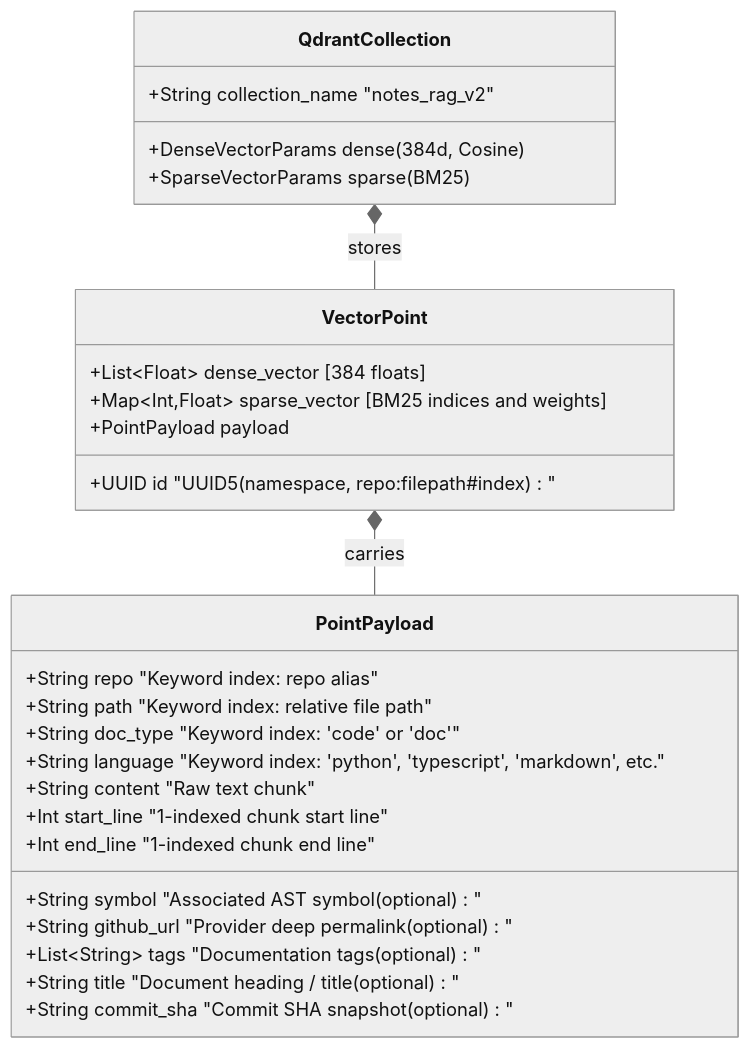
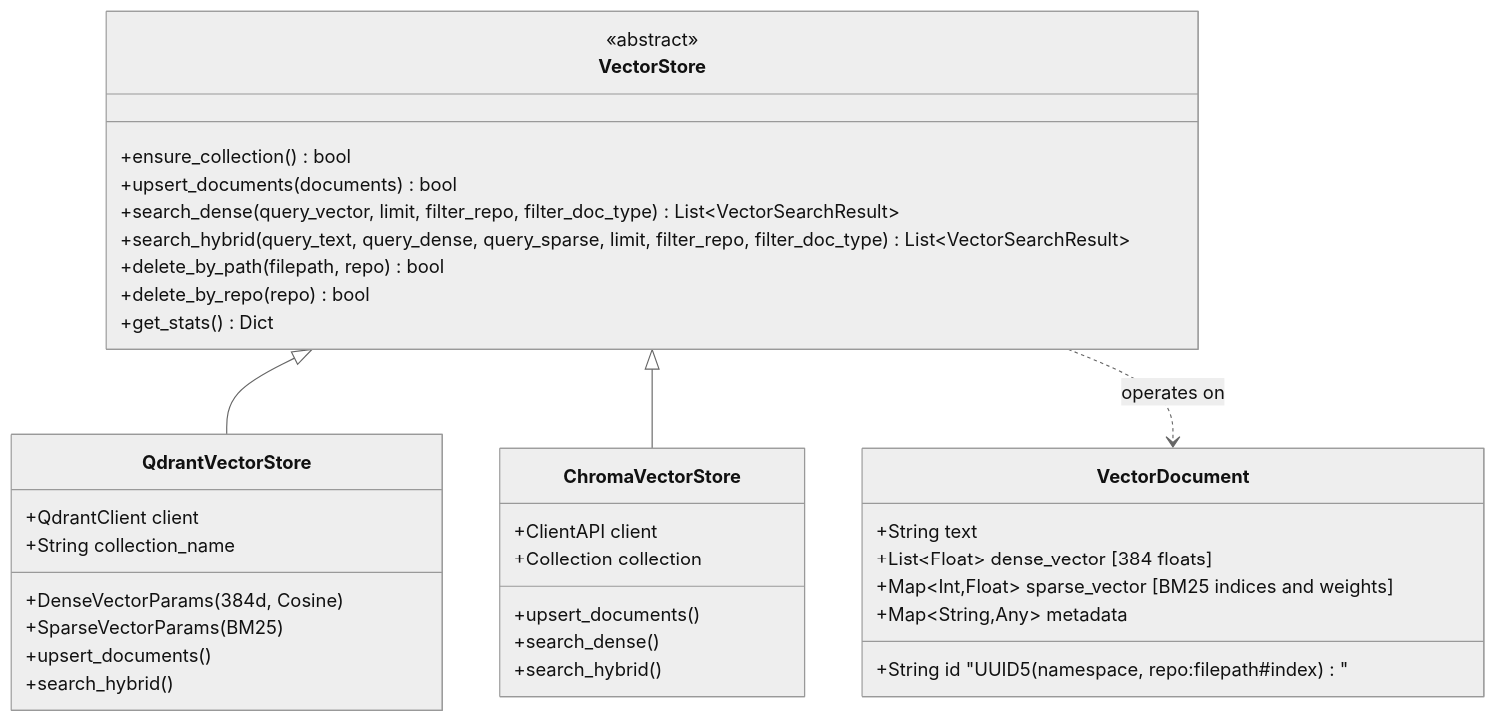
One commit to spelech/contextcortex changed the second of 2 diagrams in REQUIREMENTS.md. Above: the diagram before and after it, drawn with Mermaid (neutral theme). The commit also changed other lines of this file and 6 other files, not shown here.

Commit message:
docs: synchronize requirements specification, test coverage report, and architecture docs

````diff
--- a/REQUIREMENTS.md
+++ b/REQUIREMENTS.md
@@ -149,33 +210,42 @@
 ```mermaid
 classDiagram
-    class QdrantCollection {
-        +String collection_name "notes_rag_v2"
-        +DenseVectorParams dense (384d, Cosine)
-        +SparseVectorParams sparse (BM25)
+    class VectorStore {
+        <<abstract>>
+        +ensure_collection() bool
+        +upsert_documents(documents) bool
+        +search_dense(query_vector, limit, filter_repo, filter_doc_type) List~VectorSearchResult~
+        +search_hybrid(query_text, query_dense, query_sparse, limit, filter_repo, filter_doc_type) List~VectorSearchResult~
+        +delete_by_path(filepath, repo) bool
+        +delete_by_repo(repo) bool
+        +get_stats() Dict
     }
 
-    class VectorPoint {
-        +UUID id "UUID5(namespace, repo:filepath#index)"
+    class QdrantVectorStore {
+        +QdrantClient client
+        +String collection_name
+        +DenseVectorParams (384d, Cosine)
+        +SparseVectorParams (BM25)
+        +upsert_documents()
+        +search_hybrid()
+    }
+
+    class ChromaVectorStore {
+        +ClientAPI client
+        +Collection collection
+        +upsert_documents()
+        +search_dense()
+        +search_hybrid()
+    }
+
+    class VectorDocument {
+        +String id "UUID5(namespace, repo:filepath#index)"
+        +String text
         +List~Float~ dense_vector [384 floats]
         +Map~Int,Float~ sparse_vector [BM25 indices and weights]
-        +PointPayload payload
+        +Map~String,Any~ metadata
     }
 
-    class PointPayload {
-        +String repo "Keyword index: repo alias"
-        +String path "Keyword index: relative file path"
-        +String doc_type "Keyword index: 'code' or 'doc'"
-        +String language "Keyword index: 'python', 'typescript', 'markdown', etc."
-        +String content "Raw text chunk"
-        +Int start_line "1-indexed chunk start line"
-        +Int end_line "1-indexed chunk end line"
-        +String symbol "Associated AST symbol (optional)"
-        +String github_url "Provider deep permalink (optional)"
-        +List~String~ tags "Documentation tags (optional)"
-        +String title "Document heading / title (optional)"
-        +String commit_sha "Commit SHA snapshot (optional)"
-    }
-
-    QdrantCollection *-- VectorPoint : stores
-    VectorPoint *-- PointPayload : carries
+    VectorStore <|-- QdrantVectorStore
+    VectorStore <|-- ChromaVectorStore
+    VectorStore ..> VectorDocument : operates on
 ```
````
